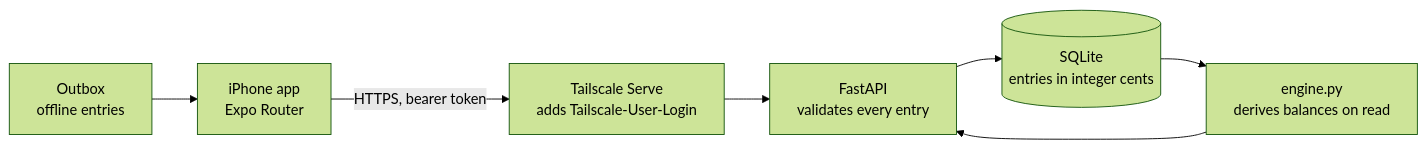
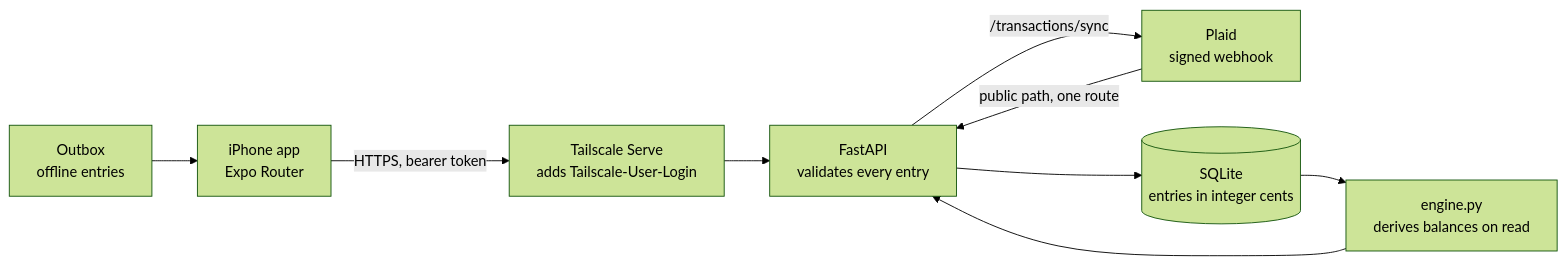
The diagram in README.md (anthonyradke/tally), drawn with Mermaid (forest theme) before and after one commit. The commit also changed other lines of this file and 3 other files, not shown here.

````diff
--- a/README.md
+++ b/README.md
@@ -78,9 +73,11 @@
 ```mermaid
 flowchart LR
   app["iPhone app<br/>Expo Router"] -- "HTTPS, bearer token" --> serve["Tailscale Serve<br/>adds Tailscale-User-Login"]
   outbox["Outbox<br/>offline entries"] --> app
   serve --> api["FastAPI<br/>validates every entry"]
+  plaid["Plaid<br/>signed webhook"] -- "public path, one route" --> api
+  api -- "/transactions/sync" --> plaid
   api --> db[("SQLite<br/>entries in integer cents")]
   db --> engine["engine.py<br/>derives balances on read"]
   engine --> api
 ```
````
